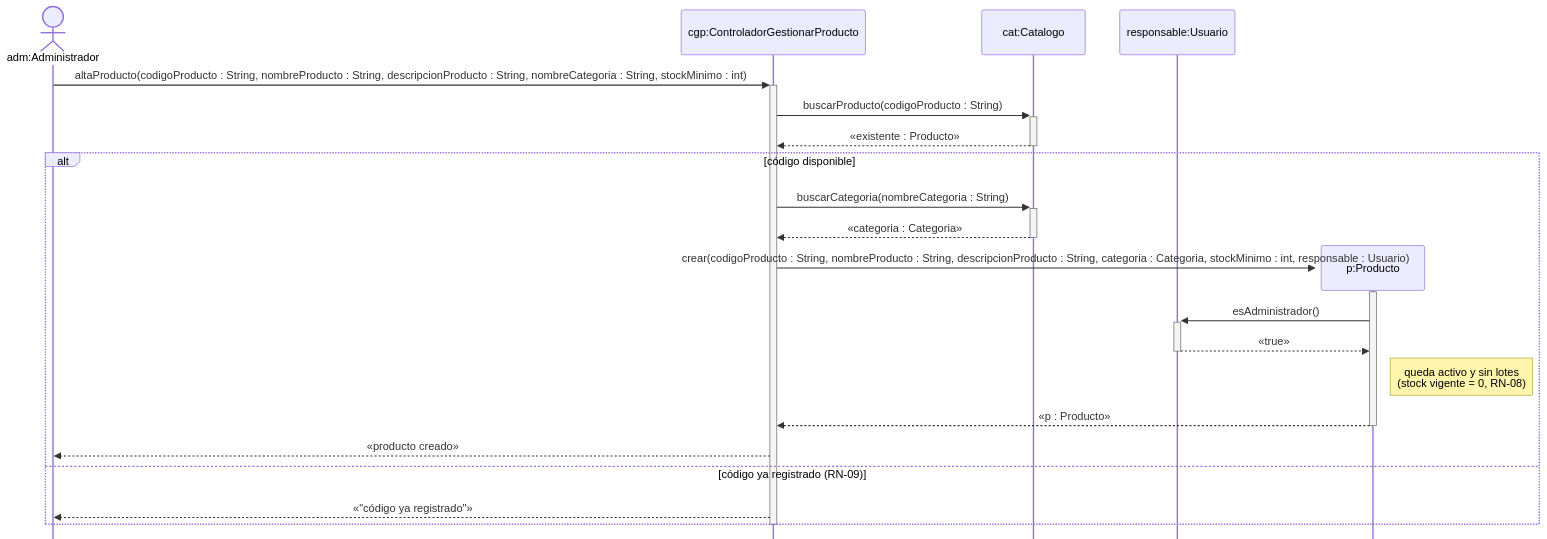
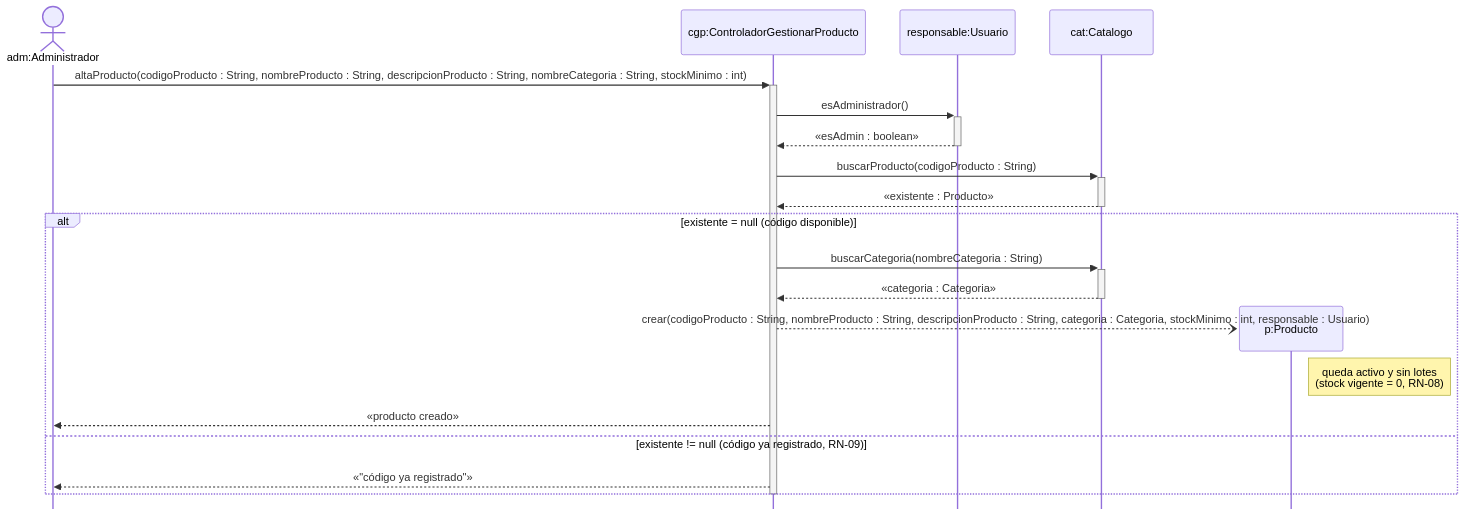
One commit to cirotop/Stock-Project changed the sixth of 12 diagrams in 08-Diagrama De Secuencia/Diagramas_de_Secuencia.md. Above: the diagram before and after it, drawn with Mermaid. The commit also changed other lines of this file, not shown here.

````diff
--- a/08-Diagrama De Secuencia/Diagramas_de_Secuencia.md
+++ b/08-Diagrama De Secuencia/Diagramas_de_Secuencia.md
@@ -166,26 +198,25 @@
 ```mermaid
 %%{init: {"sequence": {"mirrorActors": false}, "themeCSS": ".loopLine { stroke-dasharray: none !important; stroke-width: 1.5px !important; }"}}%%
 sequenceDiagram
     actor adm as adm:Administrador
     participant cgp as cgp:ControladorGestionarProducto
+    participant resp as responsable:Usuario
     participant cat as cat:Catalogo
-    participant resp as responsable:Usuario
 
     adm->>+cgp: altaProducto(codigoProducto : String, nombreProducto : String, descripcionProducto : String, nombreCategoria : String, stockMinimo : int)
+    cgp->>+resp: esAdministrador()
+    resp-->>-cgp: «esAdmin : boolean»
     cgp->>+cat: buscarProducto(codigoProducto : String)
     cat-->>-cgp: «existente : Producto»
-    alt código disponible
+    alt existente = null (código disponible)
         cgp->>+cat: buscarCategoria(nombreCategoria : String)
         cat-->>-cgp: «categoria : Categoria»
         create participant p as p:Producto
-        cgp->>+p: crear(codigoProducto : String, nombreProducto : String, descripcionProducto : String, categoria : Categoria, stockMinimo : int, responsable : Usuario)
-        p->>+resp: esAdministrador()
-        resp-->>-p: «true»
+        cgp--)p: crear(codigoProducto : String, nombreProducto : String, descripcionProducto : String, categoria : Categoria, stockMinimo : int, responsable : Usuario)
         Note right of p: queda activo y sin lotes<br/>(stock vigente = 0, RN-08)
-        p-->>-cgp: «p : Producto»
         cgp-->>adm: «producto creado»
-    else código ya registrado (RN-09)
+    else existente != null (código ya registrado, RN-09)
         cgp-->>adm: «"código ya registrado"»
     end
     deactivate cgp
 ```
````
